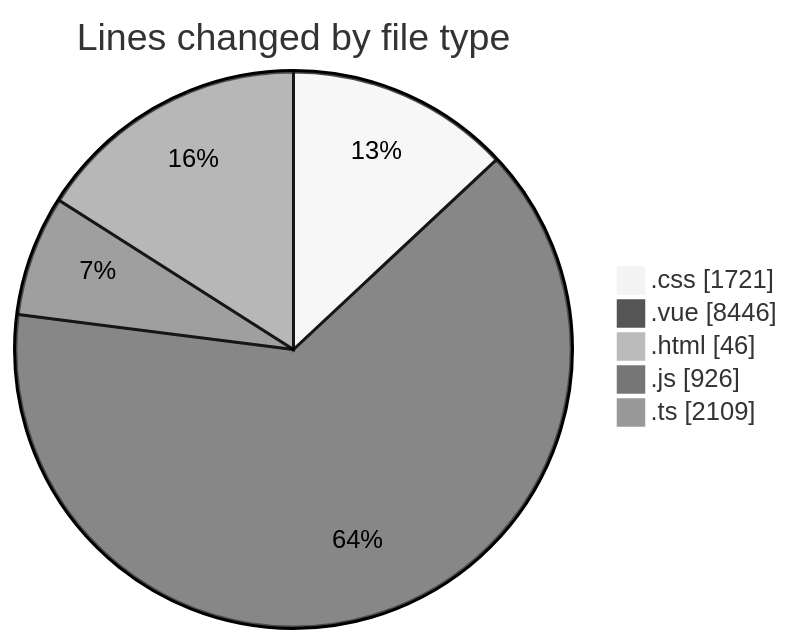
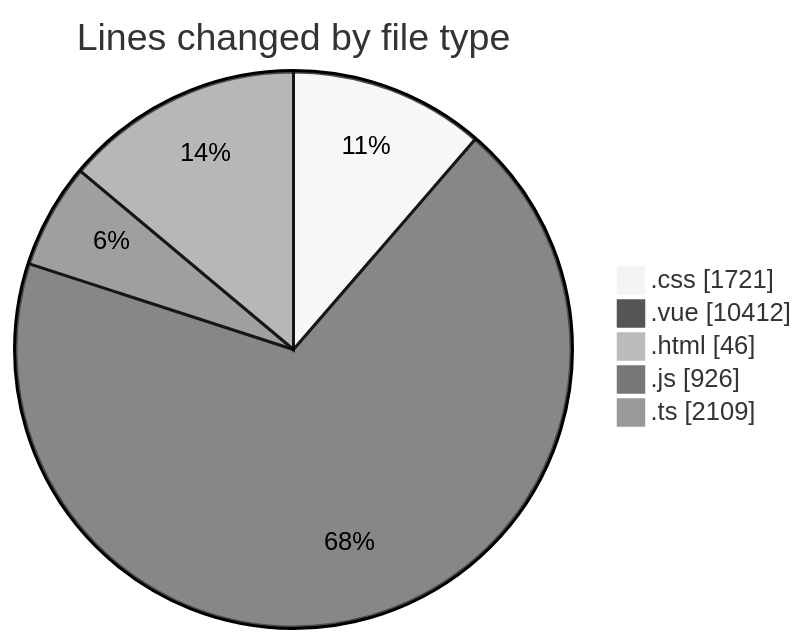
Before and after one commit to lephambinh05/code-tracking: the first of 2 diagrams in 2025-08-18/rentotp/README.md, drawn with Mermaid (neutral theme). The commit also changed other lines of this file and 1 other file, not shown here.

````diff
--- a/2025-08-18/rentotp/README.md
+++ b/2025-08-18/rentotp/README.md
@@ -57,9 +59,9 @@
 ```mermaid
 pie showData
 title Lines changed by file type
 ".css" : 1721
-".vue" : 8446
+".vue" : 10412
 ".html" : 46
 ".js" : 926
 ".ts" : 2109
 ```
````
